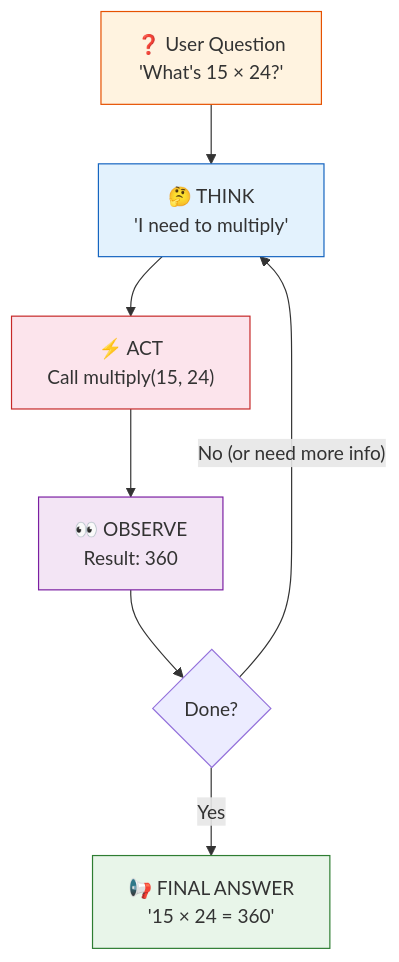
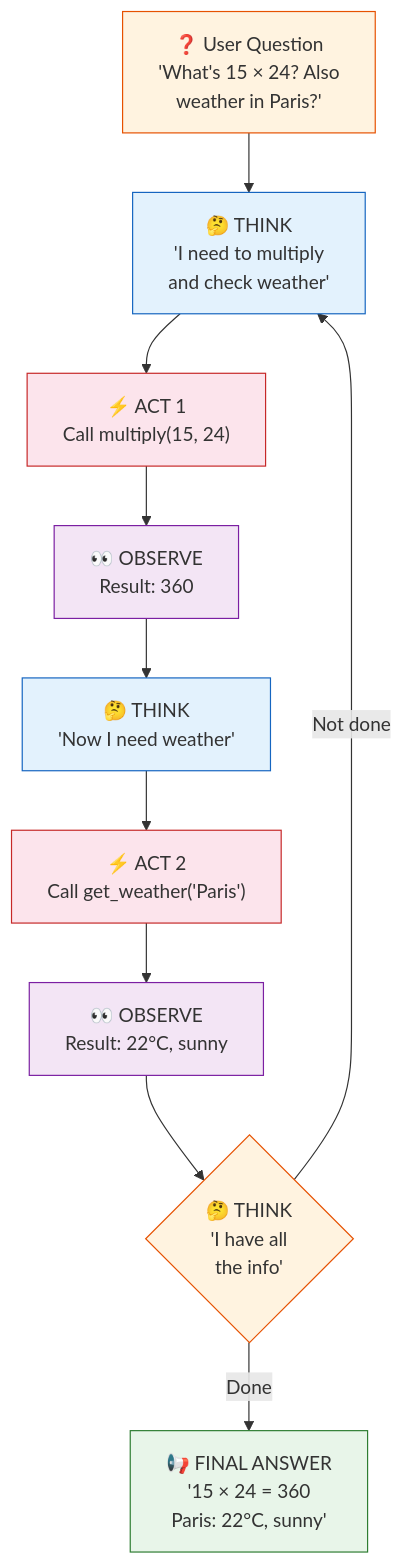
One commit to remolaan/Agentic-AI-Cookbook changed the first of 2 diagrams in 12_agents/README.md. Above: the diagram before and after it, drawn with Mermaid. The commit also changed other lines of this file and 16 other files, not shown here.

Commit message:
Enhance READMEs 02-18 with Mermaid diagrams and detailed explanations

````diff
--- a/12_agents/README.md
+++ b/12_agents/README.md
@@ -9,15 +16,22 @@
 ```mermaid
 flowchart TD
-    Q["❓ User Question<br/>'What's 15 × 24?'"] --> T["🤔 THINK<br/>'I need to multiply'"]
-    T --> A["⚡ ACT<br/>Call multiply(15, 24)"]
-    A --> O["👀 OBSERVE<br/>Result: 360"]
-    O --> D{"Done?"}
-    D -->|"No (or need more info)"| T
-    D -->|"Yes"| R["📢 FINAL ANSWER<br/>'15 × 24 = 360'"]
+    Q["❓ User Question<br/>'What's 15 × 24? Also<br/>weather in Paris?'"] --> T["🤔 THINK<br/>'I need to multiply<br/>and check weather'"]
+    T --> A1["⚡ ACT 1<br/>Call multiply(15, 24)"]
+    A1 --> O1["👀 OBSERVE<br/>Result: 360"]
+    O1 --> T2["🤔 THINK<br/>'Now I need weather'"]
+    T2 --> A2["⚡ ACT 2<br/>Call get_weather('Paris')"]
+    A2 --> O2["👀 OBSERVE<br/>Result: 22°C, sunny"]
+    O2 --> D{"🤔 THINK<br/>'I have all<br/>the info'"}
+    D -->|Done| R["📢 FINAL ANSWER<br/>'15 × 24 = 360<br/>Paris: 22°C, sunny'"]
+    D -->|Not done| T
     
     style Q fill:#fff3e0,stroke:#e65100
+    style T fill:#e3f2fd,stroke:#1565c0
+    style T2 fill:#e3f2fd,stroke:#1565c0
+    style A1 fill:#fce4ec,stroke:#c62828
+    style A2 fill:#fce4ec,stroke:#c62828
+    style O1 fill:#f3e5f5,stroke:#7b1fa2
+    style O2 fill:#f3e5f5,stroke:#7b1fa2
     style R fill:#e8f5e9,stroke:#2e7d32
-    style T fill:#e3f2fd,stroke:#1565c0
-    style A fill:#fce4ec,stroke:#c62828
-    style O fill:#f3e5f5,stroke:#7b1fa2
+    style D fill:#fff3e0,stroke:#e65100
 ```
````
